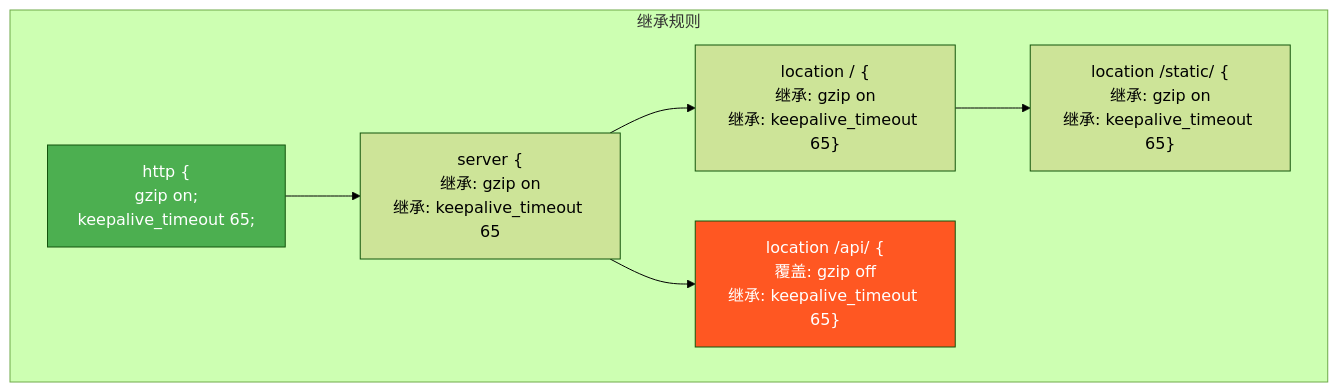
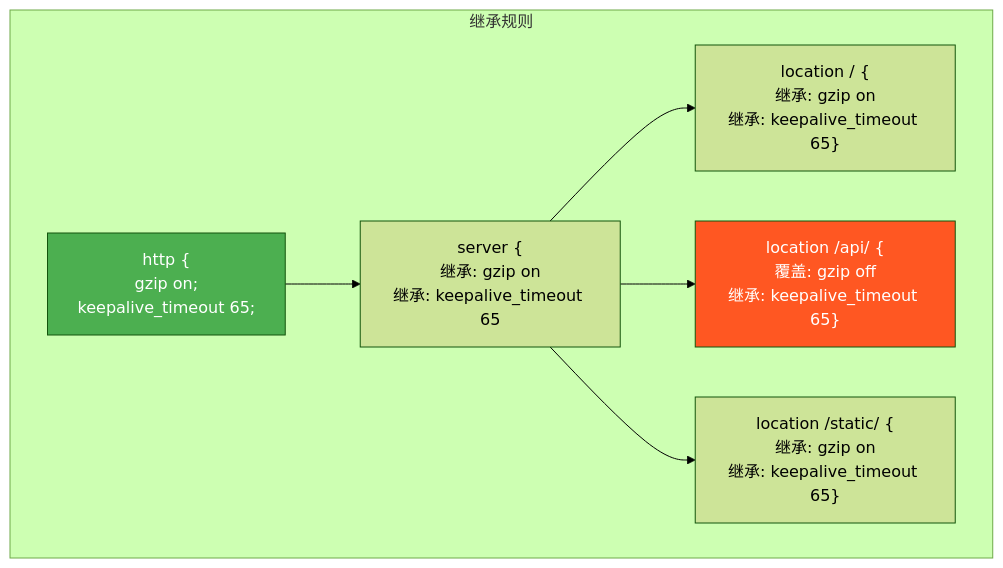
One commit to moklgydocs/moklgydocs.github.io changed the third of 5 diagrams in src/Linux/07_Nginx/02_核心配置指令/01_配置文件结构与指令语法.md. Above: the diagram before and after it, drawn with Mermaid (forest theme). The commit also changed other lines of this file and 32 other files, not shown here.

````diff
--- a/src/Linux/07_Nginx/02_核心配置指令/01_配置文件结构与指令语法.md
+++ b/src/Linux/07_Nginx/02_核心配置指令/01_配置文件结构与指令语法.md
@@ -499,17 +499,17 @@
 ```mermaid
 graph TB
     subgraph 继承规则
         HTTP["http {<br/>gzip on;<br/>keepalive_timeout 65;"]
 
         HTTP --> SERVER["server {<br/>继承: gzip on<br/>继承: keepalive_timeout 65"]
 
         SERVER --> LOC1["location / {<br/>继承: gzip on<br/>继承: keepalive_timeout 65}"]
 
         SERVER --> LOC2["location /api/ {<br/>覆盖: gzip off<br/>继承: keepalive_timeout 65}"]
 
-        LOC1 --> LOC1S["location /static/ {<br/>继承: gzip on<br/>继承: keepalive_timeout 65}"]
+        SERVER --> LOC3["location /static/ {<br/>继承: gzip on<br/>继承: keepalive_timeout 65}"]
     end
 
     style HTTP fill:#4CAF50,color:#fff
     style LOC2 fill:#FF5722,color:#fff
 ```
````
